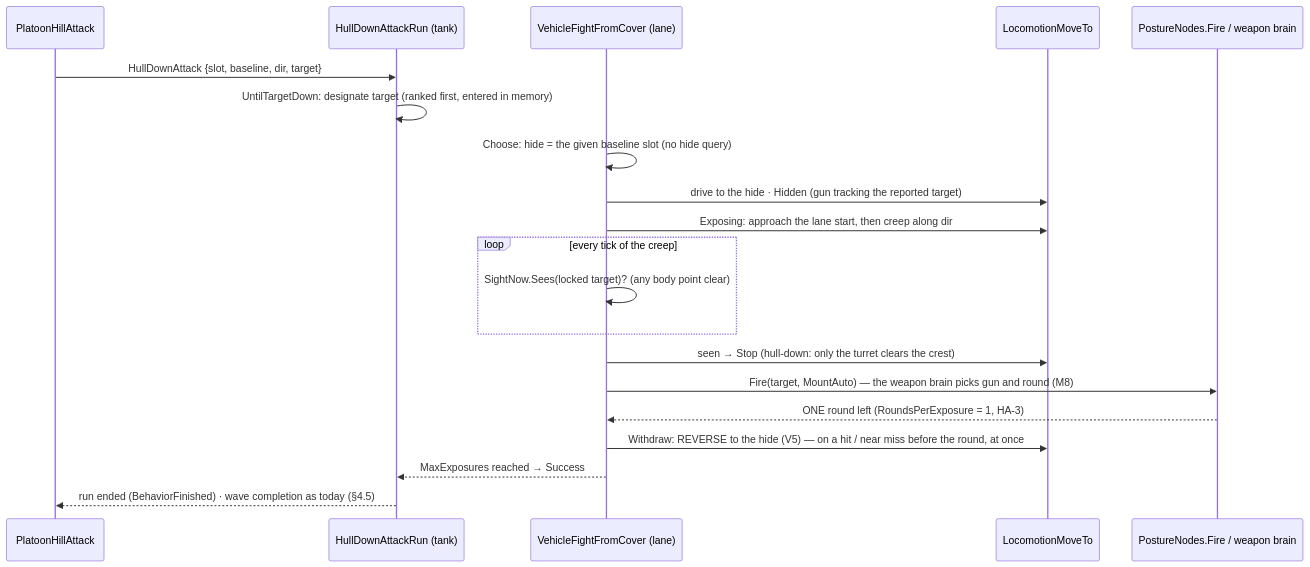
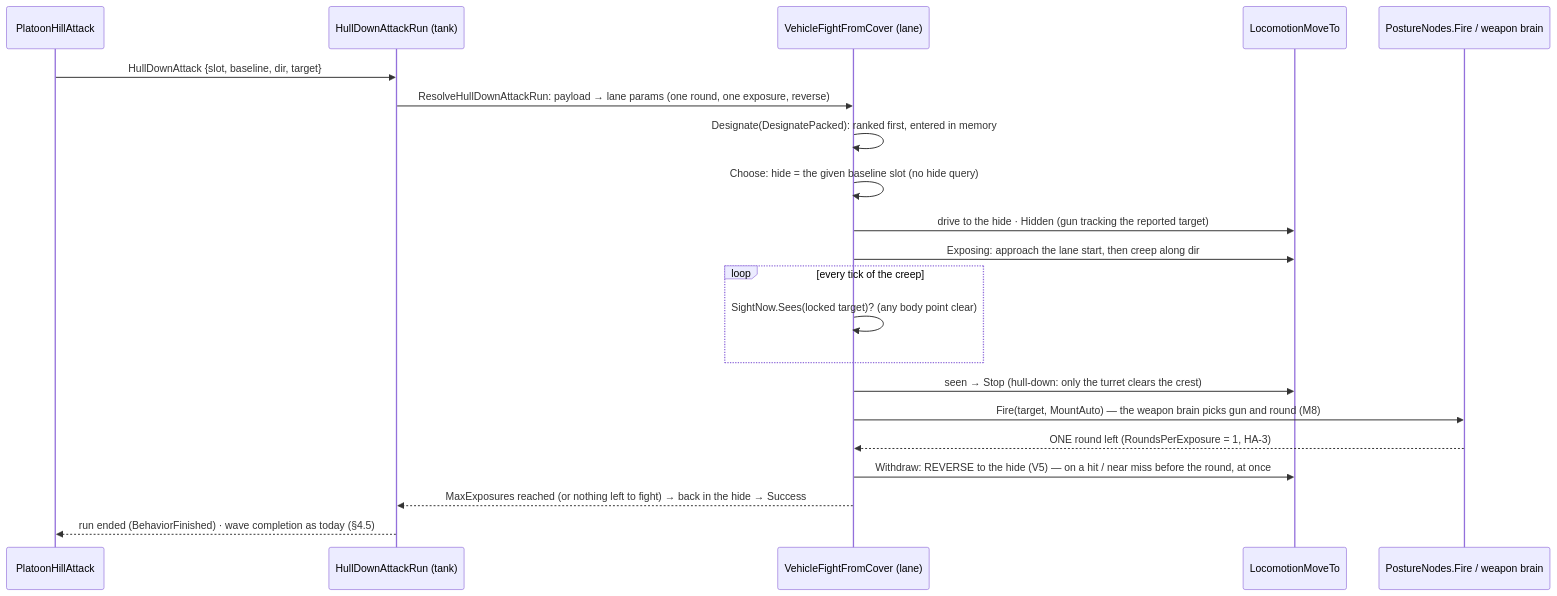
The second of 3 diagrams in docs/designs/hill-attack/DESIGN.md (pjanec/HROT), drawn with Mermaid before and after one commit. The commit also changed other lines of this file and 21 other files, not shown here.

````diff
--- a/docs/designs/hill-attack/DESIGN.md
+++ b/docs/designs/hill-attack/DESIGN.md
@@ -96,22 +98,23 @@
 ```mermaid
 sequenceDiagram
   participant C as PlatoonHillAttack
   participant T as HullDownAttackRun (tank)
   participant N as VehicleFightFromCover (lane)
   participant L as LocomotionMoveTo
   participant F as PostureNodes.Fire / weapon brain
   C->>T: HullDownAttack {slot, baseline, dir, target}
-  T->>T: UntilTargetDown: designate target (ranked first, entered in memory)
+  T->>N: ResolveHullDownAttackRun: payload → lane params (one round, one exposure, reverse)
+  N->>N: Designate(DesignatePacked): ranked first, entered in memory
   N->>N: Choose: hide = the given baseline slot (no hide query)
   N->>L: drive to the hide · Hidden (gun tracking the reported target)
   N->>L: Exposing: approach the lane start, then creep along dir
   loop every tick of the creep
     N->>N: SightNow.Sees(locked target)? (any body point clear)
   end
   N->>L: seen → Stop (hull-down: only the turret clears the crest)
   N->>F: Fire(target, MountAuto) — the weapon brain picks gun and round (M8)
   F-->>N: ONE round left (RoundsPerExposure = 1, HA-3)
   N->>L: Withdraw: REVERSE to the hide (V5) — on a hit / near miss before the round, at once
-  N-->>T: MaxExposures reached → Success
+  N-->>T: MaxExposures reached (or nothing left to fight) → back in the hide → Success
   T-->>C: run ended (BehaviorFinished) · wave completion as today (§4.5)
 ```
````
